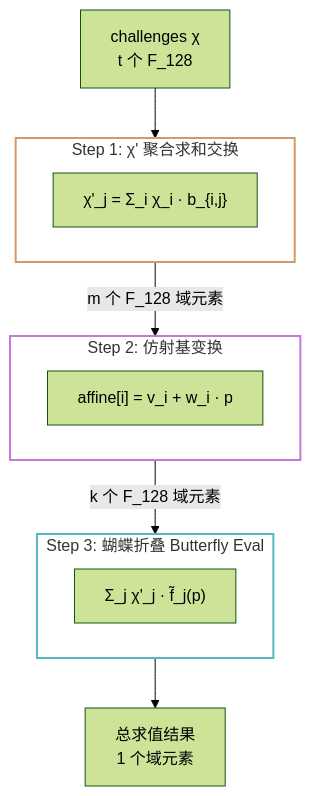
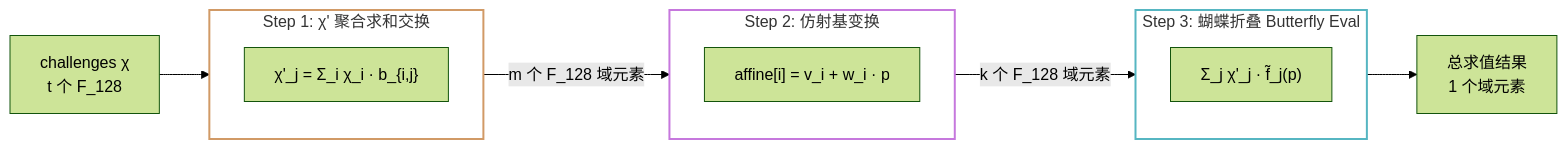
The diagram in src/4_多项式约束生成.md (coperlm/CodeBasedZKPwithVOLEitH_README), drawn with Mermaid (forest theme) before and after one commit. The commit also changed 1 other file, not shown here.

Commit message:
修复mermaid

````diff
--- a/src/4_多项式约束生成.md
+++ b/src/4_多项式约束生成.md
@@ -114,26 +114,26 @@
 ```mermaid
-graph TD
+graph LR
     Input[challenges χ<br>t 个 F_128] --> Step1
 
     subgraph Step1 [Step 1: χ' 聚合求和交换]
         A["χ'_j = Σ_i χ_i · b_{i,j}"]
     end
 
     Step1 -->|m 个 F_128 域元素| Step2
 
     subgraph Step2 [Step 2: 仿射基变换]
         B["affine[i] = v_i + w_i · p"]
     end
 
     Step2 -->|k 个 F_128 域元素| Step3
 
     subgraph Step3 [Step 3: 蝴蝶折叠 Butterfly Eval]
         C["Σ_j χ'_j · f̃_j(p)"]
     end
 
     Step3 --> Output[总求值结果<br>1 个域元素]
 
     style Step1 fill:none,stroke:#d19a66,stroke-width:2px
     style Step2 fill:none,stroke:#c678dd,stroke-width:2px
     style Step3 fill:none,stroke:#56b6c2,stroke-width:2px
 ```
````
